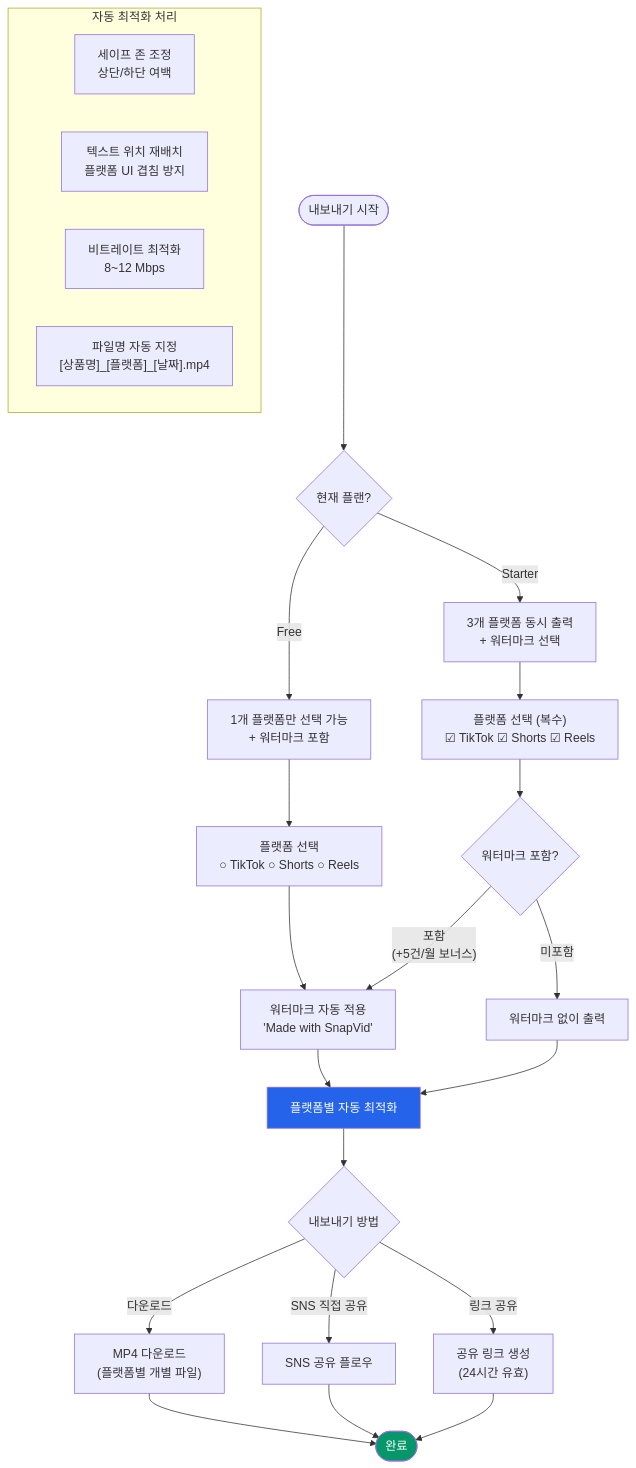
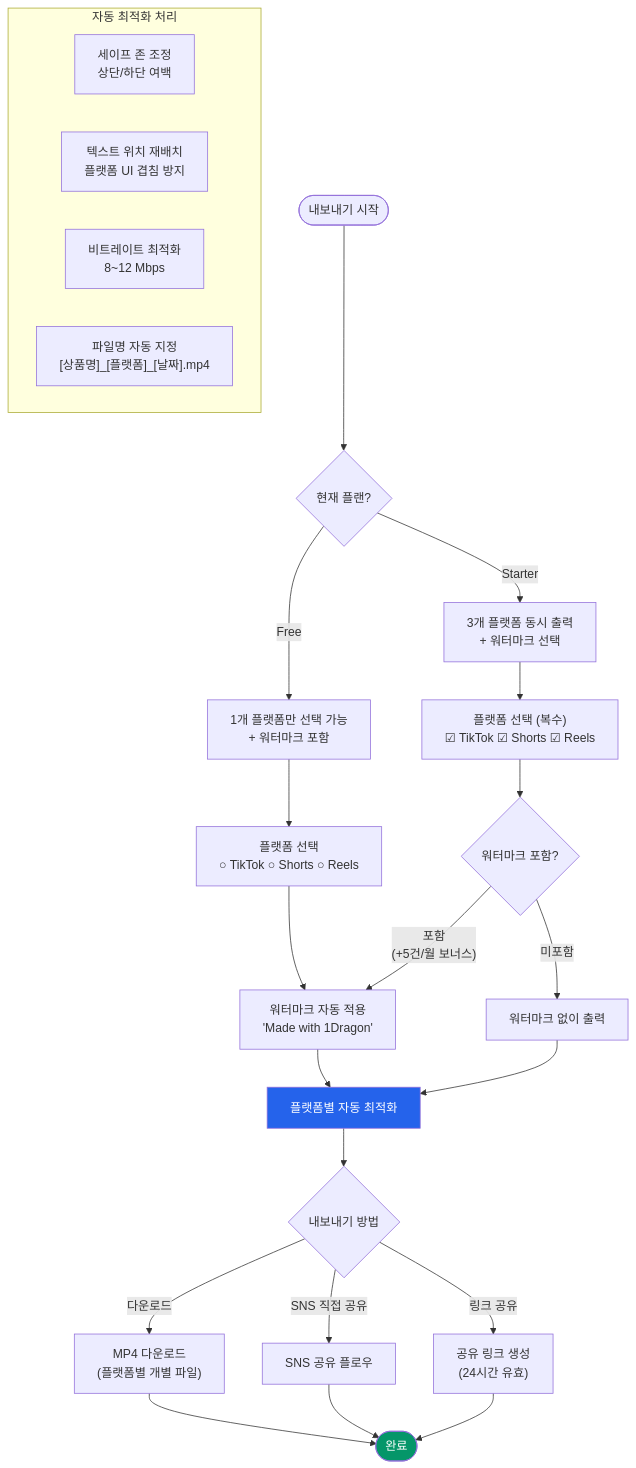
Before and after one commit to inchan/1dragon: the second of 6 diagrams in docs/03-product/user-flows/02-edit-export-payment.md, drawn with Mermaid. The commit also changed other lines of this file and 182 other files, not shown here.

````diff
--- a/docs/03-product/user-flows/02-edit-export-payment.md
+++ b/docs/03-product/user-flows/02-edit-export-payment.md
@@ -65,39 +65,39 @@
 ```mermaid
 flowchart TD
     EX_START([내보내기 시작]) --> EX_PLAN{현재 플랜?}
 
     EX_PLAN -- Free --> EX_FREE["1개 플랫폼만 선택 가능<br/>+ 워터마크 포함"]
     EX_PLAN -- Starter --> EX_PAID["3개 플랫폼 동시 출력<br/>+ 워터마크 선택"]
 
     EX_FREE --> EX_SELECT_ONE["플랫폼 선택<br/>○ TikTok  ○ Shorts  ○ Reels"]
     EX_PAID --> EX_SELECT_MULTI["플랫폼 선택 (복수)<br/>☑ TikTok  ☑ Shorts  ☑ Reels"]
 
-    EX_SELECT_ONE --> EX_WATERMARK_ON["워터마크 자동 적용<br/>'Made with SnapVid'"]
+    EX_SELECT_ONE --> EX_WATERMARK_ON["워터마크 자동 적용<br/>'Made with 1Dragon'"]
     EX_SELECT_MULTI --> EX_WATERMARK_CHOICE{워터마크 포함?}
 
     EX_WATERMARK_CHOICE -- 포함<br/>(+5건/월 보너스) --> EX_WATERMARK_ON
     EX_WATERMARK_CHOICE -- 미포함 --> EX_NO_WATERMARK[워터마크 없이 출력]
 
     EX_WATERMARK_ON --> EX_OPTIMIZE["플랫폼별 자동 최적화"]
     EX_NO_WATERMARK --> EX_OPTIMIZE
 
     subgraph EX_OPT_DETAIL["자동 최적화 처리"]
         direction LR
         EX_SAFE["세이프 존 조정<br/>상단/하단 여백"]
         EX_TEXT["텍스트 위치 재배치<br/>플랫폼 UI 겹침 방지"]
         EX_BITRATE["비트레이트 최적화<br/>8~12 Mbps"]
         EX_FILENAME["파일명 자동 지정<br/>[상품명]_[플랫폼]_[날짜].mp4"]
     end
 
     EX_OPTIMIZE --> EX_METHOD{내보내기 방법}
     EX_METHOD -- 다운로드 --> EX_DOWNLOAD["MP4 다운로드<br/>(플랫폼별 개별 파일)"]
     EX_METHOD -- SNS 직접 공유 --> EX_SNS_FLOW[SNS 공유 플로우]
     EX_METHOD -- 링크 공유 --> EX_LINK["공유 링크 생성<br/>(24시간 유효)"]
 
     EX_DOWNLOAD --> EX_DONE([완료])
     EX_SNS_FLOW --> EX_DONE
     EX_LINK --> EX_DONE
 
     style EX_OPTIMIZE fill:#2563eb,color:#fff
     style EX_DONE fill:#059669,color:#fff
 ```
````
